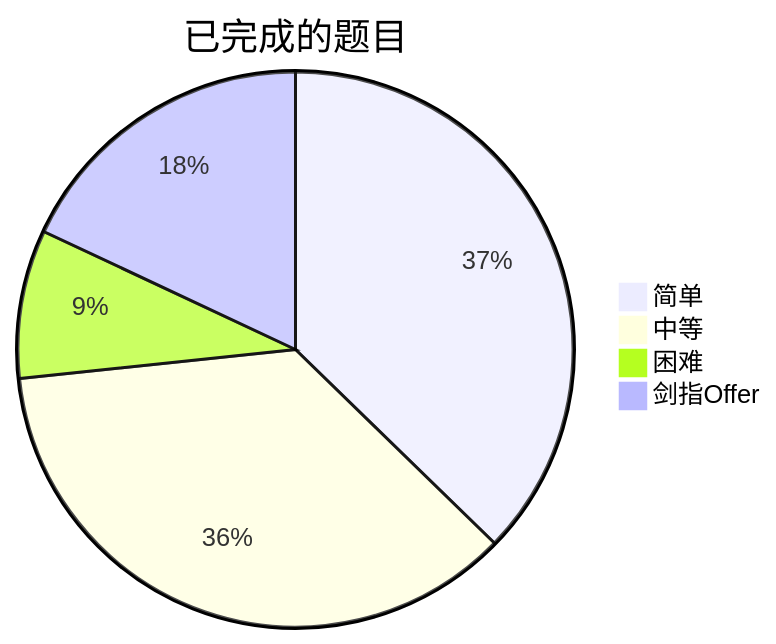
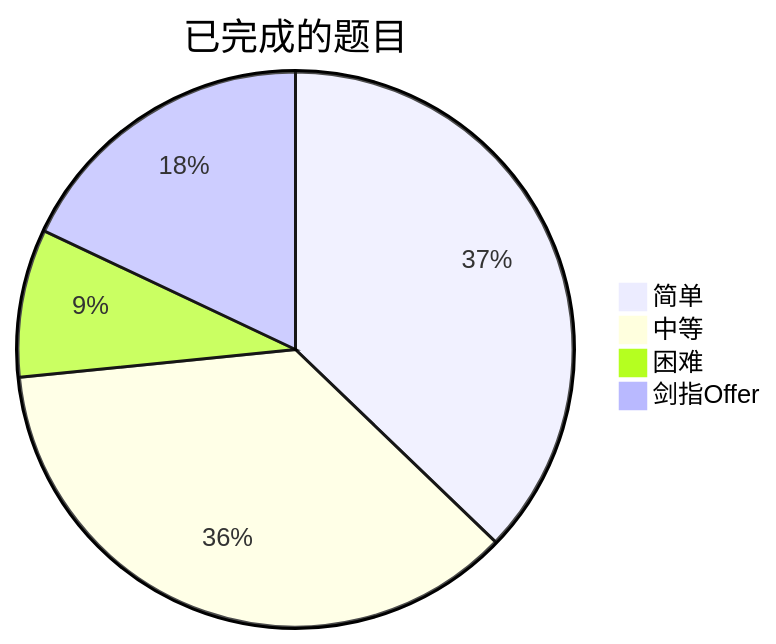
Before and after one commit to kaisa911/LeetCode: the diagram in README.md, drawn with Mermaid. The commit also changed other lines of this file and 3 other files, not shown here.

````diff
--- a/README.md
+++ b/README.md
@@ -9,7 +9,7 @@
 ```mermaid
 pie title 已完成的题目
     "简单" : 151
-    "中等" : 146
+    "中等" : 147
     "困难" : 35
     "剑指Offer" : 73
 ```
````
